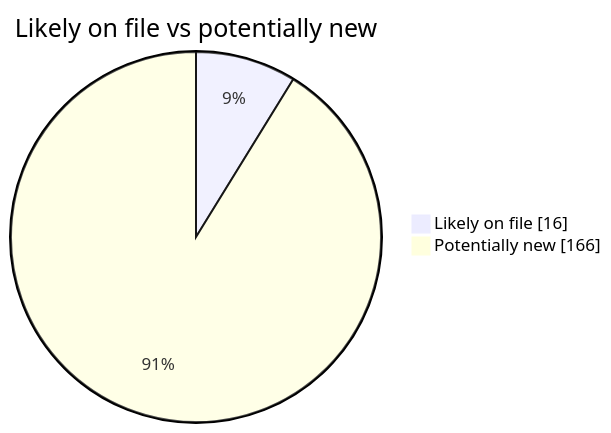
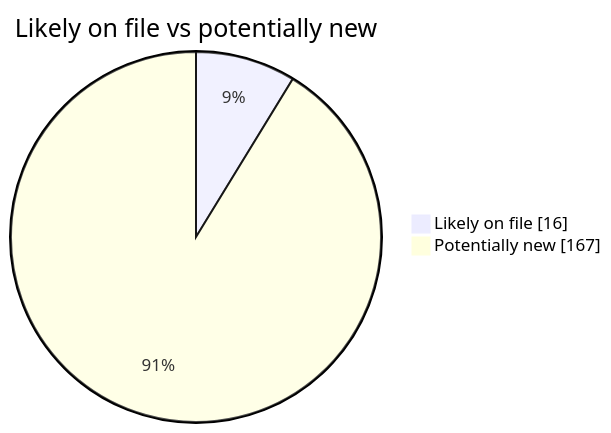
Before and after one commit to martinbalfanz/social-scanner-reports: the second of 4 diagrams in README.md, drawn with Mermaid. The commit also changed other lines of this file and 2 other files, not shown here.

````diff
--- a/README.md
+++ b/README.md
@@ -40,5 +40,5 @@
 ```mermaid
 pie showData title Likely on file vs potentially new
     "Likely on file" : 16
-    "Potentially new" : 166
+    "Potentially new" : 167
 ```
````
